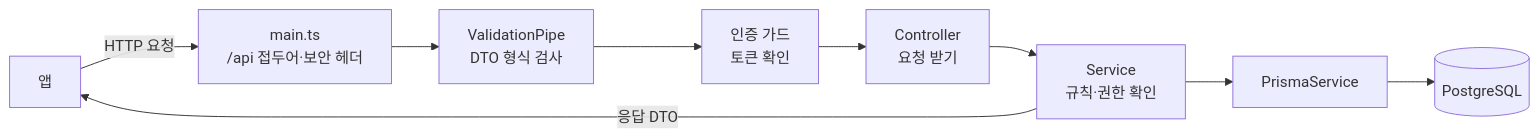
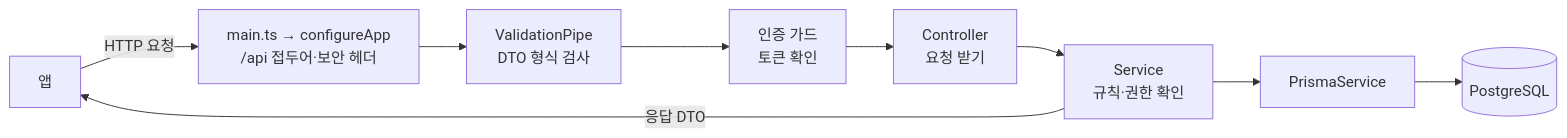
The diagram in server/docs/LEARN.md (konga22/Esel), drawn with Mermaid before and after one commit. The commit also changed other lines of this file, not shown here.

````diff
--- a/server/docs/LEARN.md
+++ b/server/docs/LEARN.md
@@ -37,11 +37,11 @@
 ```mermaid
 flowchart LR
-    A[앱] -->|HTTP 요청| M[main.ts<br>/api 접두어·보안 헤더]
+    A[앱] -->|HTTP 요청| M[main.ts → configureApp<br>/api 접두어·보안 헤더]
     M --> V[ValidationPipe<br>DTO 형식 검사]
     V --> G[인증 가드<br>토큰 확인]
     G --> C[Controller<br>요청 받기]
     C --> S[Service<br>규칙·권한 확인]
     S --> P[PrismaService]
     P --> D[(PostgreSQL)]
     S -->|응답 DTO| A
 ```
````
